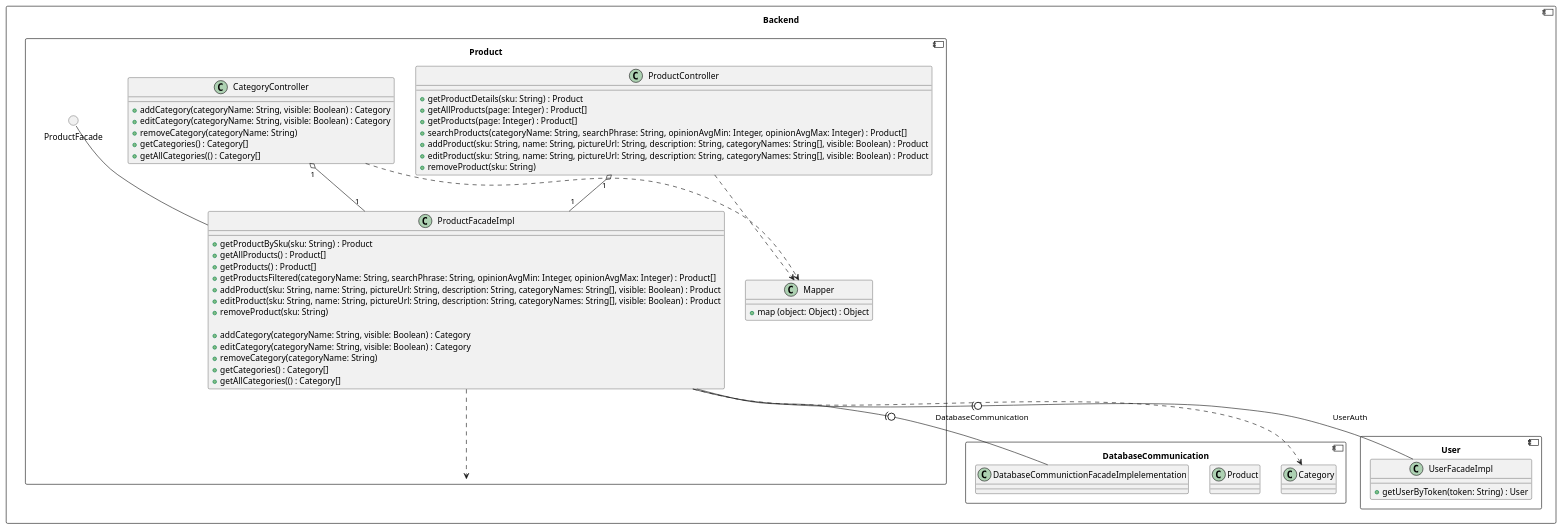
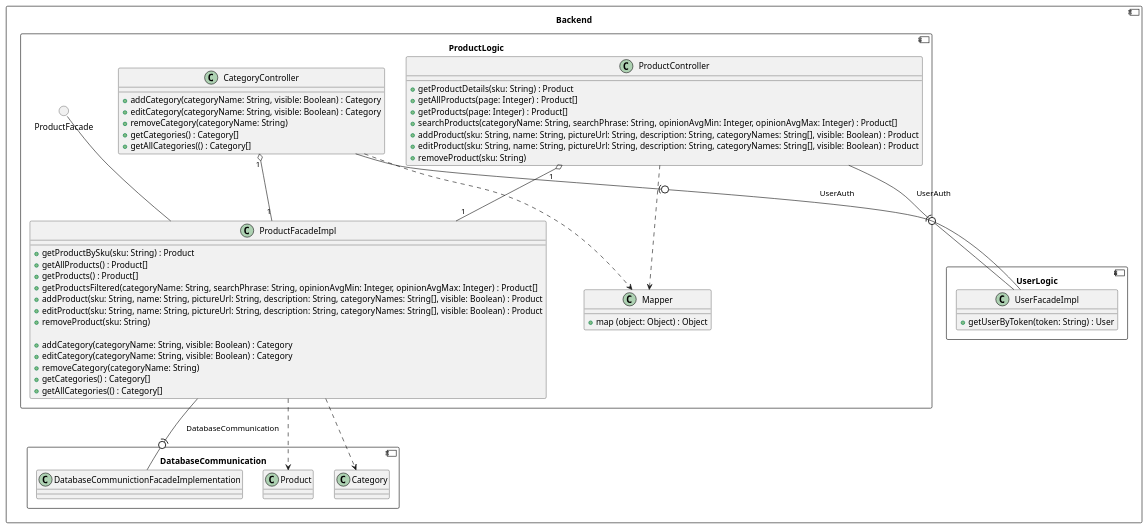
One commit to RadekBucki/OpinionCollectorArchitecture changed the fourth of 5 diagrams in FullClassDiagrams.md. Above: the diagram before and after it, drawn with PlantUML. The commit also changed other lines of this file and 1 other file, not shown here.

Commit message:
Suggestion diagram and some fixes

````diff
--- a/FullClassDiagrams.md
+++ b/FullClassDiagrams.md
@@ -170,62 +170,63 @@
 ```plantuml
 component Backend {
-    component Product {
+    component ProductLogic {
         class ProductController {
             + getProductDetails(sku: String) : Product
             + getAllProducts(page: Integer) : Product[]
             + getProducts(page: Integer) : Product[]
             + searchProducts(categoryName: String, searchPhrase: String, opinionAvgMin: Integer, opinionAvgMax: Integer) : Product[]
             + addProduct(sku: String, name: String, pictureUrl: String, description: String, categoryNames: String[], visible: Boolean) : Product
             + editProduct(sku: String, name: String, pictureUrl: String, description: String, categoryNames: String[], visible: Boolean) : Product
             + removeProduct(sku: String)
         }
         class CategoryController {
             + addCategory(categoryName: String, visible: Boolean) : Category
             + editCategory(categoryName: String, visible: Boolean) : Category
             + removeCategory(categoryName: String)
             + getCategories() : Category[]
             + getAllCategories(() : Category[]
         }
         circle ProductFacade
         class ProductFacadeImpl {
             + getProductBySku(sku: String) : Product
             + getAllProducts() : Product[]
             + getProducts() : Product[]
             + getProductsFiltered(categoryName: String, searchPhrase: String, opinionAvgMin: Integer, opinionAvgMax: Integer) : Product[]
             + addProduct(sku: String, name: String, pictureUrl: String, description: String, categoryNames: String[], visible: Boolean) : Product
             + editProduct(sku: String, name: String, pictureUrl: String, description: String, categoryNames: String[], visible: Boolean) : Product
             + removeProduct(sku: String)
             
             + addCategory(categoryName: String, visible: Boolean) : Category
             + editCategory(categoryName: String, visible: Boolean) : Category
             + removeCategory(categoryName: String)
             + getCategories() : Category[]
             + getAllCategories(() : Category[]
         }
         ProductFacade -- ProductFacadeImpl
         CategoryController "1" o-- "1" ProductFacadeImpl
         ProductController  "1" o-- "1" ProductFacadeImpl
         
         class Mapper {
             +map (object: Object) : Object
         }
         CategoryController ..> Mapper
         ProductController  ..> Mapper
     }
     component DatabaseCommunication {
-        class DatabaseCommunictionFacadeImplelementation
+        class DatabaseCommunictionFacadeImplementation
         class Product
         class Category
     }
-    ProductFacadeImpl -(0- DatabaseCommunictionFacadeImplelementation : DatabaseCommunication
+    ProductFacadeImpl -(0- DatabaseCommunictionFacadeImplementation : DatabaseCommunication
     ProductFacadeImpl ..>  Product
     ProductFacadeImpl ..>  Category
     
-    component User {
+    component UserLogic {
         class UserFacadeImpl {
             + getUserByToken(token: String) : User
         }
     }
-    ProductFacadeImpl -(0- UserFacadeImpl : UserAuth
+    ProductController -(0- UserFacadeImpl  : UserAuth
+    CategoryController -(0- UserFacadeImpl : UserAuth
 }
 ```
````
